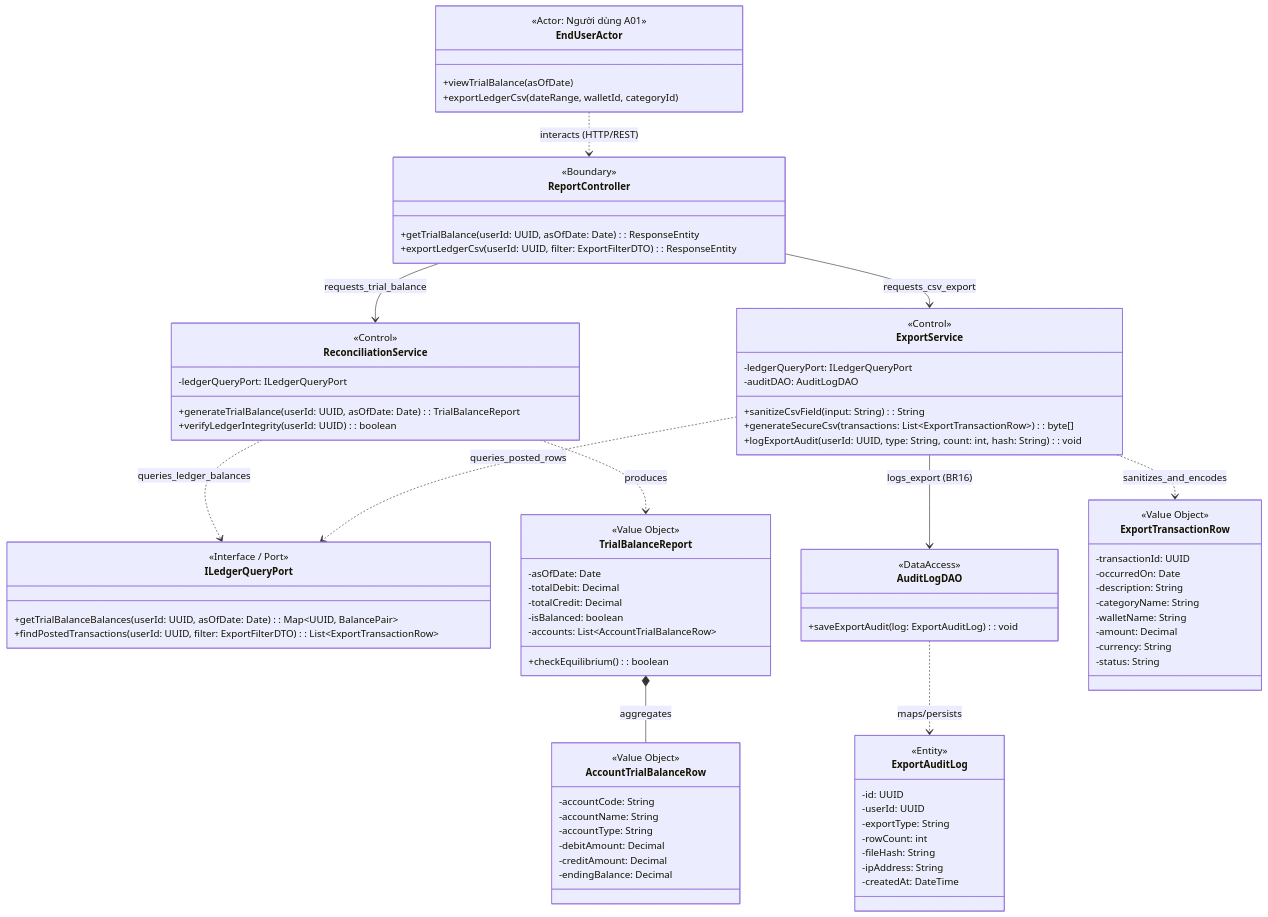
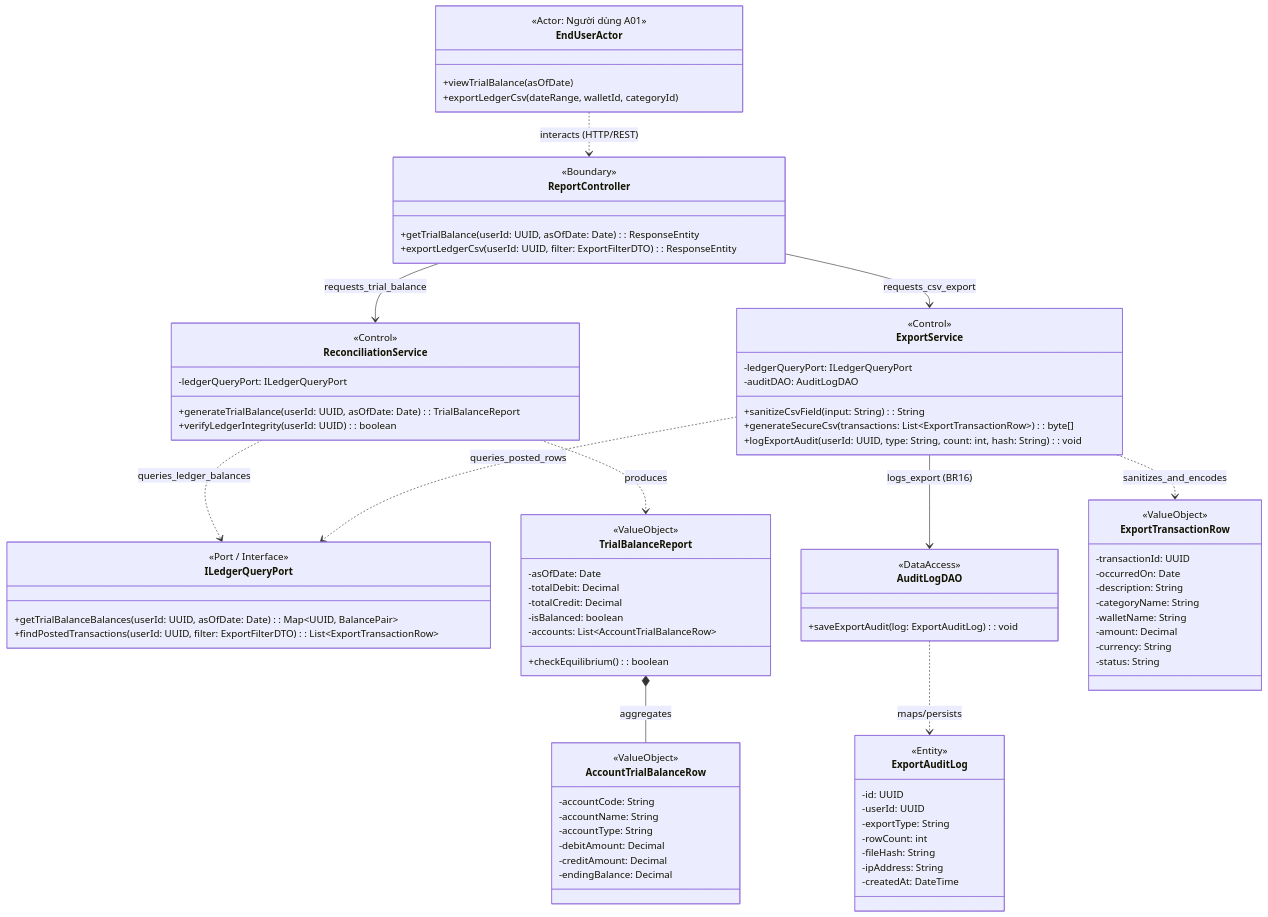
Before and after one commit to huytothevoz/SE---Microfinance-Personal-Wealth-Expense-Tracker: the diagram in docs/02_elaboration/uml_modeling/class_diagram/sources/cd04_reconciliation_csv.mmd, drawn with Mermaid. The commit also changed 10 other files, not shown here.

Commit message:
docs(uml): add comprehensive stereotype specification and standardize across all diagrams

```diff
--- a/docs/02_elaboration/uml_modeling/class_diagram/sources/cd04_reconciliation_csv.mmd
+++ b/docs/02_elaboration/uml_modeling/class_diagram/sources/cd04_reconciliation_csv.mmd
@@ -1,113 +1,113 @@
 classDiagram
     direction TB
 
     %% ==========================================
     %% ACTORS (Tác nhân tương tác)
     %% ==========================================
     class EndUserActor {
         <<Actor: Người dùng A01>>
         +viewTrialBalance(asOfDate)
         +exportLedgerCsv(dateRange, walletId, categoryId)
     }
 
     %% ==========================================
     %% BOUNDARY LAYER (Controllers)
     %% ==========================================
     class ReportController {
         <<Boundary>>
         +getTrialBalance(userId: UUID, asOfDate: Date): ResponseEntity
         +exportLedgerCsv(userId: UUID, filter: ExportFilterDTO): ResponseEntity
     }
 
     %% ==========================================
     %% CONTROL LAYER (Services)
     %% ==========================================
     class ReconciliationService {
         <<Control>>
         -ledgerQueryPort: ILedgerQueryPort
         +generateTrialBalance(userId: UUID, asOfDate: Date): TrialBalanceReport
         +verifyLedgerIntegrity(userId: UUID): boolean
     }
 
     class ExportService {
         <<Control>>
         -ledgerQueryPort: ILedgerQueryPort
         -auditDAO: AuditLogDAO
         +sanitizeCsvField(input: String): String
         +generateSecureCsv(transactions: List~ExportTransactionRow~): byte[]
         +logExportAudit(userId: UUID, type: String, count: int, hash: String): void
     }
 
     class ILedgerQueryPort {
-        <<Interface / Port>>
+        <<Port / Interface>>
         +getTrialBalanceBalances(userId: UUID, asOfDate: Date): Map~UUID, BalancePair~
         +findPostedTransactions(userId: UUID, filter: ExportFilterDTO): List~ExportTransactionRow~
     }
 
     %% ==========================================
     %% DATA ACCESS LAYER (DAOs)
     %% ==========================================
     class AuditLogDAO {
         <<DataAccess>>
         +saveExportAudit(log: ExportAuditLog): void
     }
 
     %% ==========================================
     %% ENTITIES & REPORT VALUE OBJECTS
     %% ==========================================
     class ExportAuditLog {
         <<Entity>>
         -id: UUID
         -userId: UUID
         -exportType: String
         -rowCount: int
         -fileHash: String
         -ipAddress: String
         -createdAt: DateTime
     }
 
     class TrialBalanceReport {
-        <<Value Object>>
+        <<ValueObject>>
         -asOfDate: Date
         -totalDebit: Decimal
         -totalCredit: Decimal
         -isBalanced: boolean
         -accounts: List~AccountTrialBalanceRow~
         +checkEquilibrium(): boolean
     }
 
     class AccountTrialBalanceRow {
-        <<Value Object>>
+        <<ValueObject>>
         -accountCode: String
         -accountName: String
         -accountType: String
         -debitAmount: Decimal
         -creditAmount: Decimal
         -endingBalance: Decimal
     }
 
     class ExportTransactionRow {
-        <<Value Object>>
+        <<ValueObject>>
         -transactionId: UUID
         -occurredOn: Date
         -description: String
         -categoryName: String
         -walletName: String
         -amount: Decimal
         -currency: String
         -status: String
     }
 
     %% ==========================================
     %% RELATIONSHIPS & INTERACTIONS
     %% ==========================================
     EndUserActor ..> ReportController : interacts (HTTP/REST)
     ReportController --> ReconciliationService : requests_trial_balance
     ReportController --> ExportService : requests_csv_export
     ReconciliationService ..> ILedgerQueryPort : queries_ledger_balances
     ExportService ..> ILedgerQueryPort : queries_posted_rows
     ExportService --> AuditLogDAO : logs_export (BR16)
     AuditLogDAO ..> ExportAuditLog : maps/persists
     ReconciliationService ..> TrialBalanceReport : produces
     TrialBalanceReport *-- AccountTrialBalanceRow : aggregates
     ExportService ..> ExportTransactionRow : sanitizes_and_encodes
```
